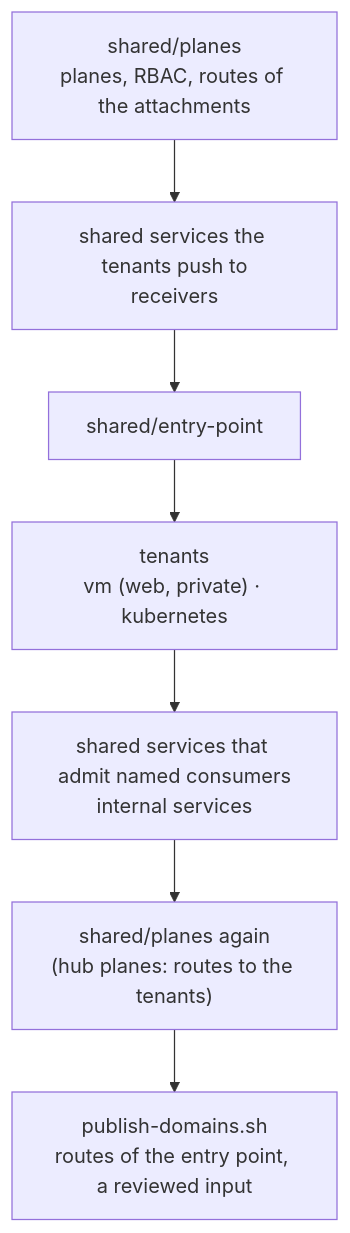
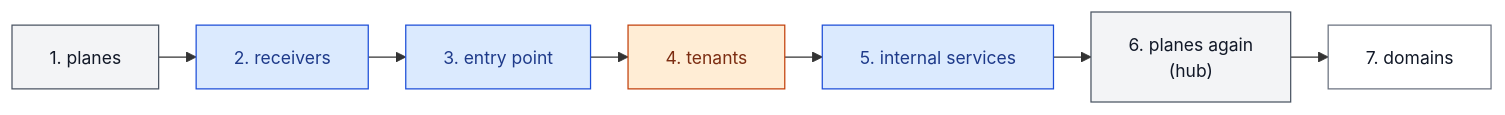
One commit to CyprisTech/openstack-multitenant-reference changed the sixth of 6 diagrams in docs/concepts/architecture.md. Above: the diagram before and after it, drawn with Mermaid. The commit also changed other lines of this file and 17 other files, not shown here.

First line of the commit message:
Diagrams: tenants by exposure, one palette by role, compact diagrams

````diff
--- a/docs/concepts/architecture.md
+++ b/docs/concepts/architecture.md
@@ -255,11 +314,21 @@
 ```mermaid
-flowchart TB
-    P["shared/planes<br/>planes, RBAC, routes of the attachments"]
-    S["shared services the tenants push to<br/>receivers"]
-    E["shared/entry-point"]
-    T["tenants<br/>vm (web, private) · kubernetes"]
-    S2["shared services that admit named consumers<br/>internal services"]
-    P2["shared/planes again<br/>(hub planes: routes to the tenants)"]
-    D["publish-domains.sh<br/>routes of the entry point, a reviewed input"]
-    P --> S --> E --> T --> S2 --> P2 --> D
+---
+config:
+  themeVariables:
+    fontSize: 14px
+  flowchart:
+    nodeSpacing: 25
+    rankSpacing: 30
+---
+flowchart LR
+    P["1. planes"] --> S["2. receivers"] --> E["3. entry point"] --> T["4. tenants"] --> S2["5. internal services"] --> P2["6. planes again<br/>(hub)"] --> D["7. domains"]
+
+    classDef shared fill:#dbeafe,stroke:#1d4ed8,color:#1e3a8a
+    classDef tenant fill:#ffedd5,stroke:#c2410c,color:#7c2d12
+    classDef plane fill:#f3f4f6,stroke:#4b5563,color:#111827
+    classDef outside fill:#ffffff,stroke:#6b7280,color:#111827
+    class P,P2 plane
+    class S,E,S2 shared
+    class T tenant
+    class D outside
 ```
````
